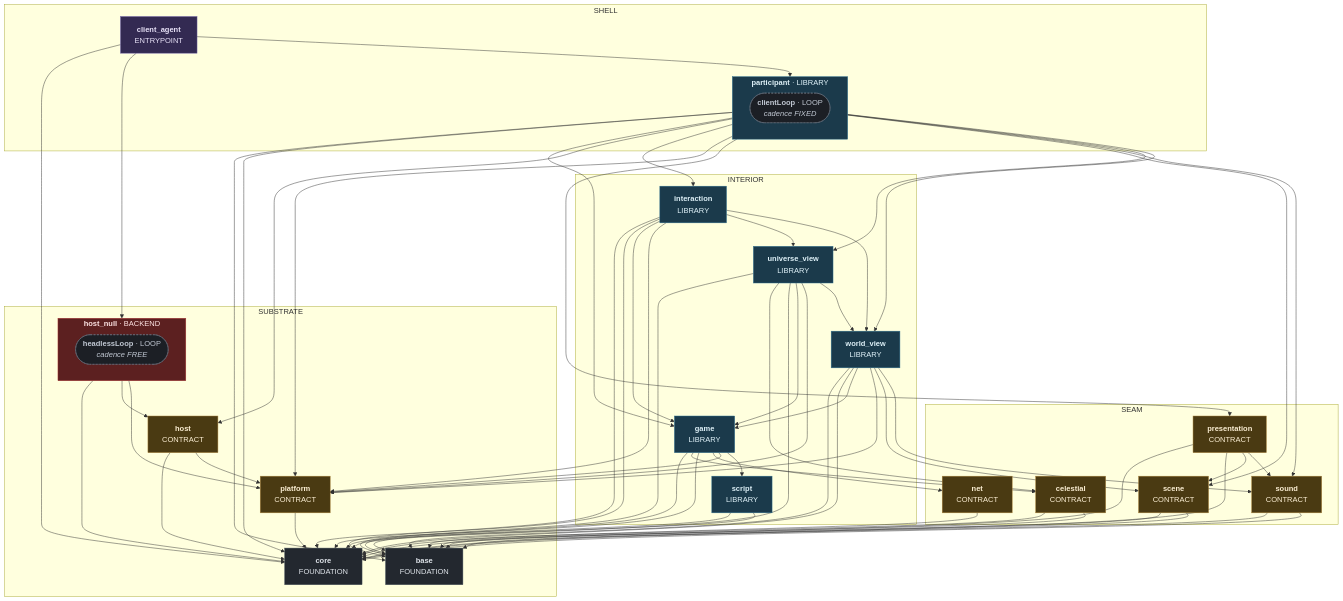
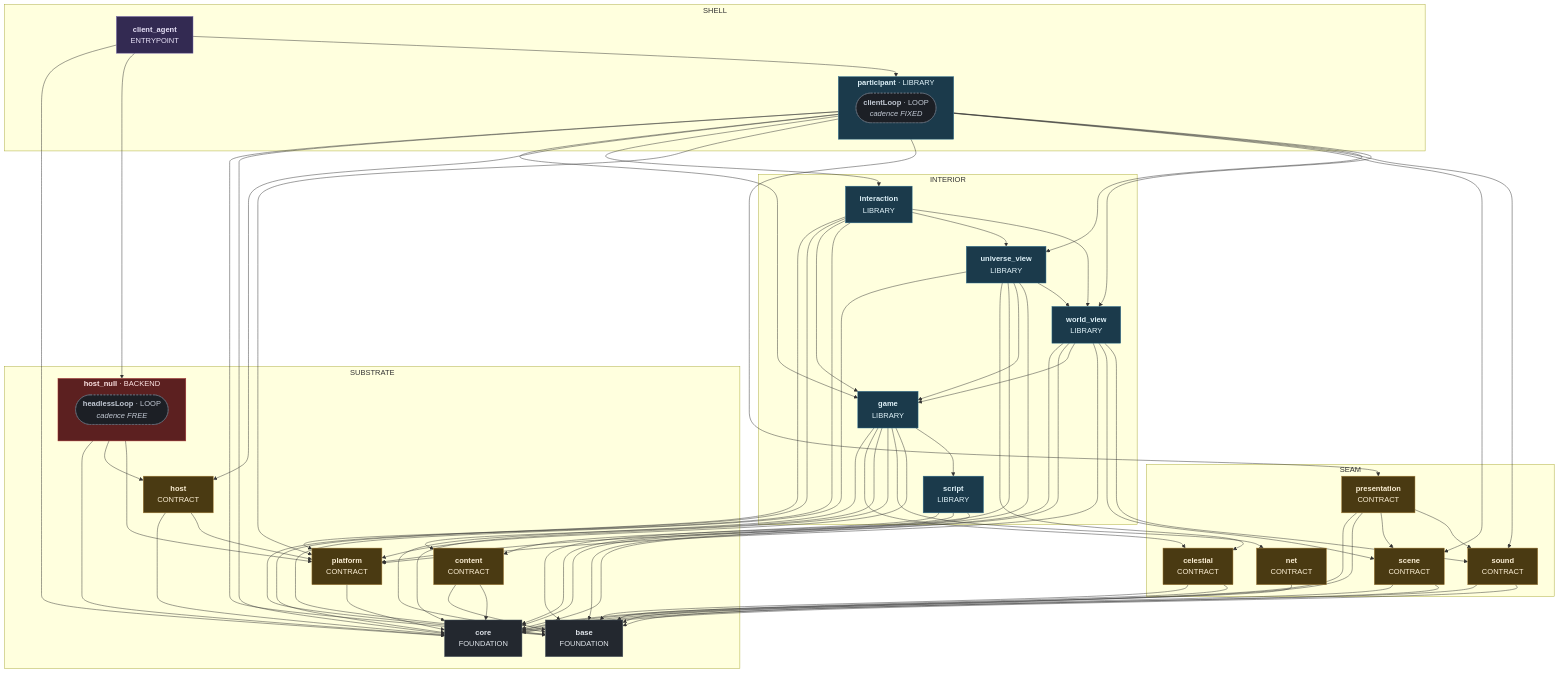
One commit to apnex/OpenStarbound changed the third of 10 diagrams in docs/superpowers/specs/2026-08-01-sovereign-headless-client-design.md. Above: the diagram before and after it, drawn with Mermaid. The commit also changed other lines of this file and 1 other file, not shown here.

```diff
--- a/docs/superpowers/specs/2026-08-01-sovereign-headless-client-design.md
+++ b/docs/superpowers/specs/2026-08-01-sovereign-headless-client-design.md
@@ -1219,6 +1280,7 @@
 flowchart TD
   subgraph Z_SUBSTRATE ["SUBSTRATE"]
     base["<b>base</b><br/>FOUNDATION"]
+    content["<b>content</b><br/>CONTRACT"]
     core["<b>core</b><br/>FOUNDATION"]
     host["<b>host</b><br/>CONTRACT"]
     subgraph host_null ["<b>host_null</b> · BACKEND"]
@@ -1251,8 +1313,11 @@
   client_agent --> core
   client_agent --> host_null
   client_agent --> participant
+  content --> base
+  content --> core
   game --> base
   game --> celestial
+  game --> content
   game --> core
   game --> net
   game --> platform
@@ -1288,6 +1353,7 @@
   scene --> base
   scene --> core
   script --> base
+  script --> content
   script --> core
   sound --> base
   sound --> core
@@ -1310,7 +1376,7 @@
   classDef kEntrypoint fill:#332a52,stroke:#6d5fa8,color:#e8e2f8
   classDef kElement fill:#1c1f25,stroke:#6b7482,color:#c2c9d4,stroke-dasharray:4 3
   class base,core kFoundation
-  class celestial,host,net,platform,presentation,scene,sound kContract
+  class celestial,content,host,net,platform,presentation,scene,sound kContract
   class host_null kBackend
   class game,interaction,participant,script,universe_view,world_view kLibrary
   class client_agent kEntrypoint
```
